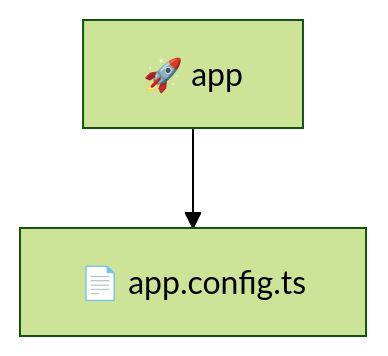
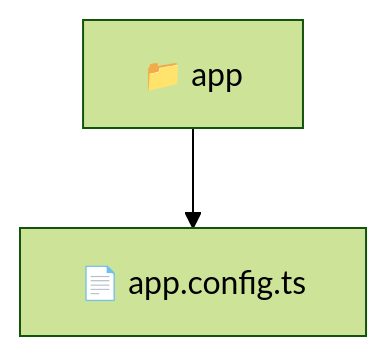
The diagram in frontend/src/app/README.md (beginwebdev2002/fullstack-mavluda), drawn with Mermaid (forest theme) before and after one commit. The commit also changed other lines of this file and 157 other files, not shown here.

````diff
--- a/frontend/src/app/README.md
+++ b/frontend/src/app/README.md
@@ -10,5 +11,5 @@
 ```mermaid
 graph TD
-  Root["🚀 app"]
-  Root --> appconfigts["📄 app.config.ts"]
+  Root["📁 app"]
+  Root --> app_config_ts["📄 app.config.ts"]
 ```
````
